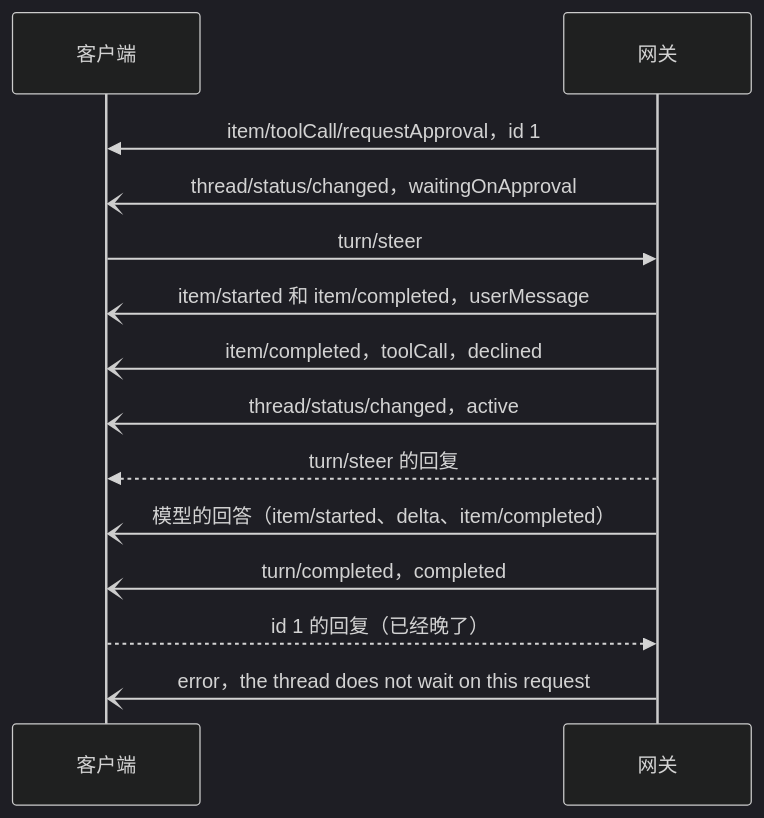
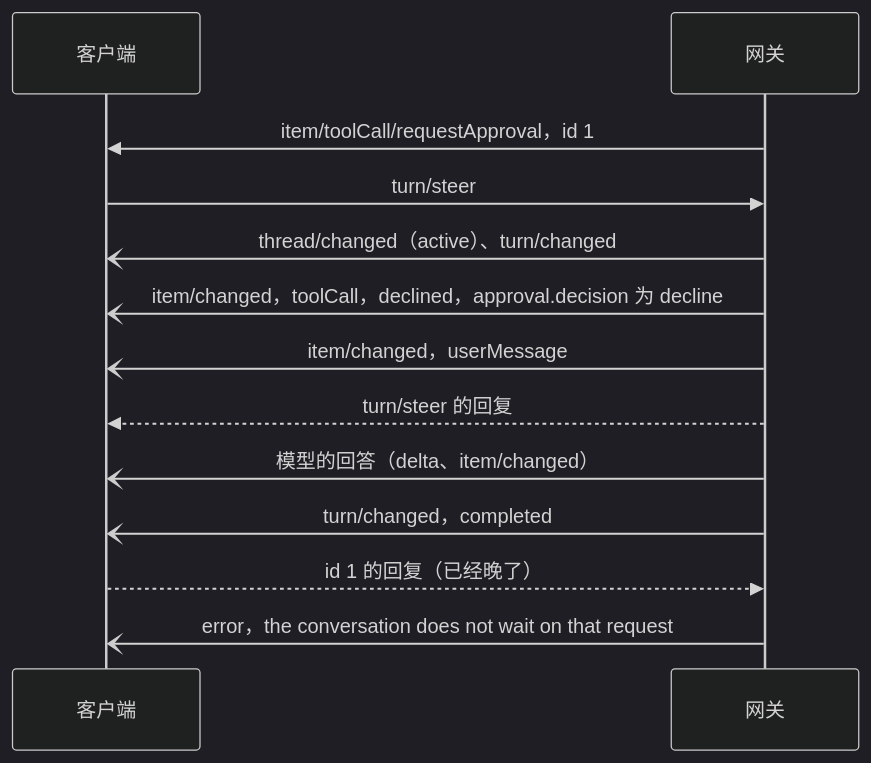
Before and after one commit to 0xfakeSpike/ollupi-docs: the second of 2 diagrams in docs/zh/integrate/protocol/approvals.md, drawn with Mermaid (dark theme). The commit also changed other lines of this file and 86 other files, not shown here.

````diff
--- a/docs/zh/integrate/protocol/approvals.md
+++ b/docs/zh/integrate/protocol/approvals.md
@@ -152,16 +140,15 @@
 ```mermaid
 sequenceDiagram
     participant C as 客户端
     participant G as 网关
     G->>C: item/toolCall/requestApproval，id 1
-    G-)C: thread/status/changed，waitingOnApproval
     C->>G: turn/steer
-    G-)C: item/started 和 item/completed，userMessage
-    G-)C: item/completed，toolCall，declined
-    G-)C: thread/status/changed，active
+    G-)C: thread/changed（active）、turn/changed
+    G-)C: item/changed，toolCall，declined，approval.decision 为 decline
+    G-)C: item/changed，userMessage
     G-->>C: turn/steer 的回复
-    G-)C: 模型的回答（item/started、delta、item/completed）
-    G-)C: turn/completed，completed
+    G-)C: 模型的回答（delta、item/changed）
+    G-)C: turn/changed，completed
     C-->>G: id 1 的回复（已经晚了）
-    G-)C: error，the thread does not wait on this request
+    G-)C: error，the conversation does not wait on that request
 ```
````
